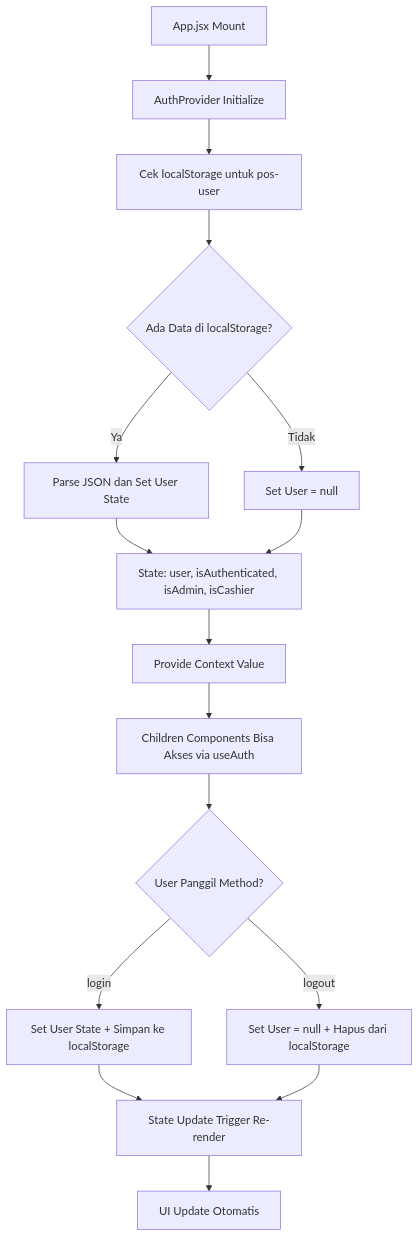
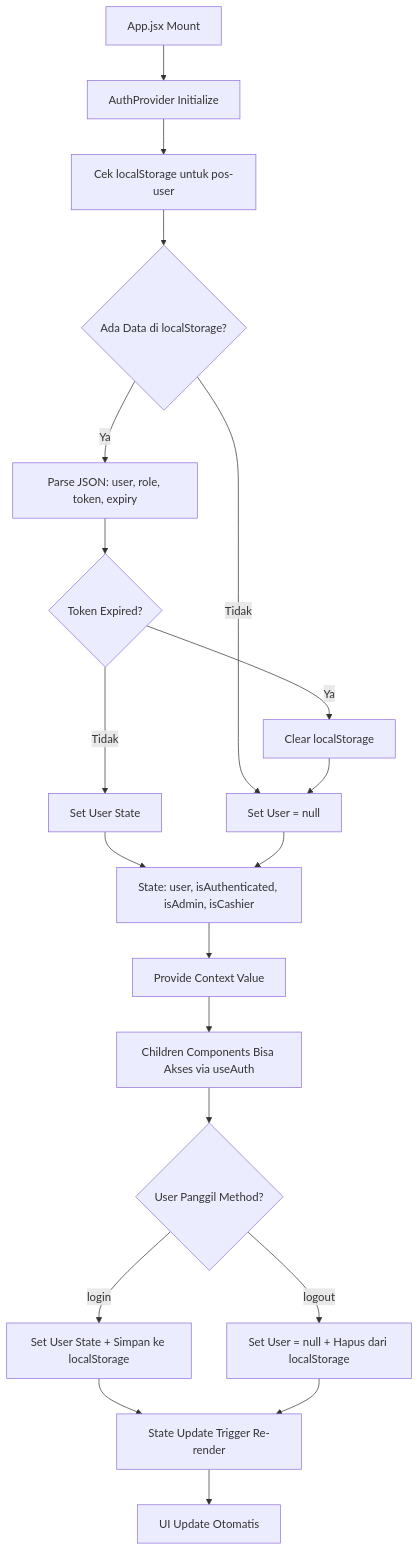
The tenth of 20 diagrams in FLOWCHART.md (ricky-blip/pos-frontend), drawn with Mermaid before and after one commit. The commit also changed other lines of this file, not shown here.

Commit message:
update flowchart

````diff
--- a/FLOWCHART.md
+++ b/FLOWCHART.md
@@ -271,24 +333,29 @@
 ```mermaid
 flowchart TD
     A[App.jsx Mount] --> B[AuthProvider Initialize]
     B --> C[Cek localStorage untuk pos-user]
     C --> D{Ada Data di localStorage?}
 
-    D -->|Ya| E[Parse JSON dan Set User State]
+    D -->|Ya| E[Parse JSON: user, role, token, expiry]
     D -->|Tidak| F[Set User = null]
 
-    E --> G[State: user, isAuthenticated, isAdmin, isCashier]
-    F --> G
+    E --> G{Token Expired?}
+    G -->|Ya| H[Clear localStorage]
+    H --> F
+    G -->|Tidak| I[Set User State]
+    I --> J[State: user, isAuthenticated, isAdmin, isCashier]
 
-    G --> H[Provide Context Value]
-    H --> I[Children Components Bisa Akses via useAuth]
+    F --> J
 
-    I --> J{User Panggil Method?}
+    J --> K[Provide Context Value]
+    K --> L[Children Components Bisa Akses via useAuth]
 
-    J -->|login| K[Set User State + Simpan ke localStorage]
-    J -->|logout| L[Set User = null + Hapus dari localStorage]
+    L --> M{User Panggil Method?}
 
-    K --> M[State Update Trigger Re-render]
-    L --> M
-    M --> N[UI Update Otomatis]
+    M -->|login| N[Set User State + Simpan ke localStorage]
+    M -->|logout| O[Set User = null + Hapus dari localStorage]
+
+    N --> P[State Update Trigger Re-render]
+    O --> P
+    P --> Q[UI Update Otomatis]
 ```
````
